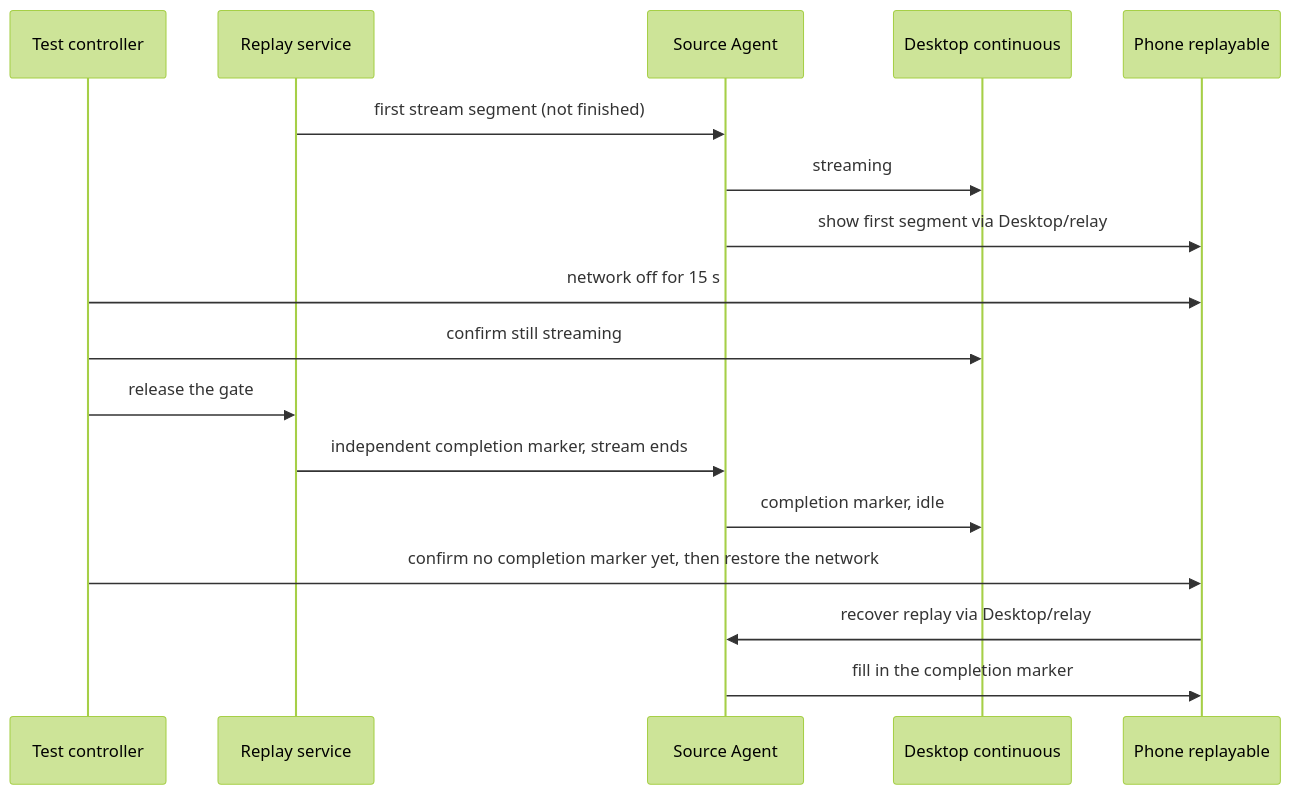
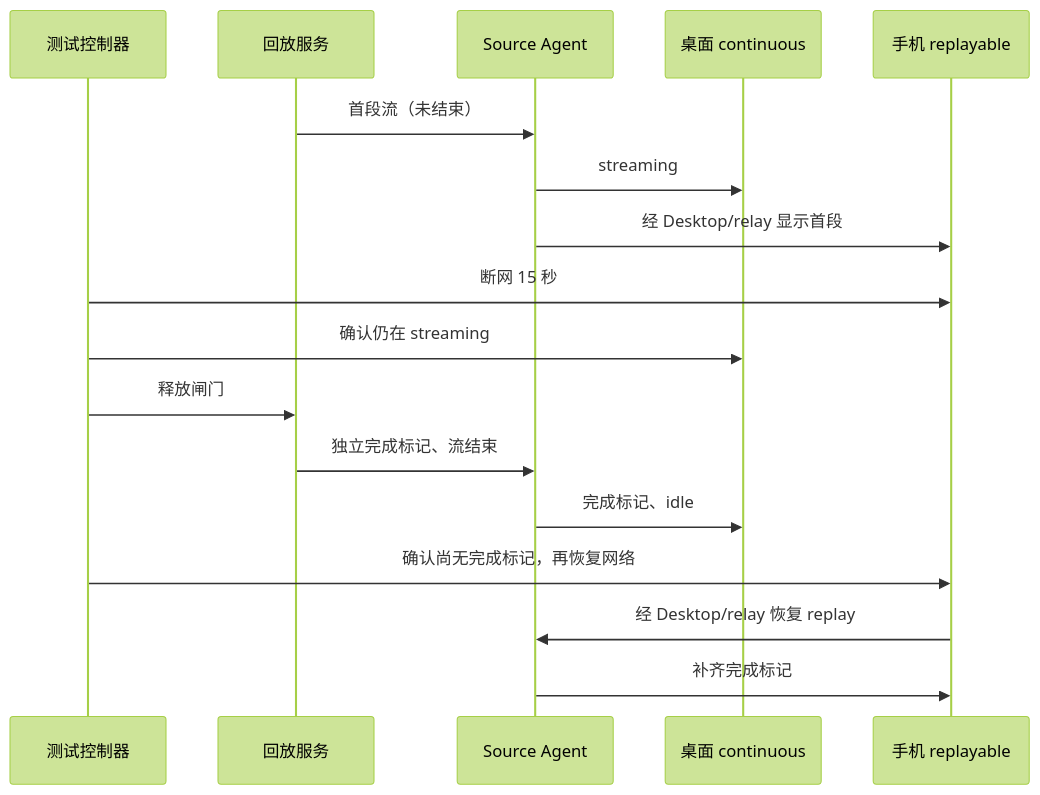
Before and after one commit to osben/ZCode: the diagram in docs/testing/r3-remote-server-harness.md, drawn with Mermaid (forest theme). The commit also changed other lines of this file and 5391 other files, not shown here.

````diff
--- a/docs/testing/r3-remote-server-harness.md
+++ b/docs/testing/r3-remote-server-harness.md
@@ -631,19 +558,19 @@
 ```mermaid
 sequenceDiagram
-  participant T as Test controller
-  participant F as Replay service
+  participant T as 测试控制器
+  participant F as 回放服务
   participant S as Source Agent
-  participant D as Desktop continuous
-  participant M as Phone replayable
-  F->>S: first stream segment (not finished)
+  participant D as 桌面 continuous
+  participant M as 手机 replayable
+  F->>S: 首段流（未结束）
   S->>D: streaming
-  S->>M: show first segment via Desktop/relay
-  T->>M: network off for 15 s
-  T->>D: confirm still streaming
-  T->>F: release the gate
-  F->>S: independent completion marker, stream ends
-  S->>D: completion marker, idle
-  T->>M: confirm no completion marker yet, then restore the network
-  M->>S: recover replay via Desktop/relay
-  S->>M: fill in the completion marker
+  S->>M: 经 Desktop/relay 显示首段
+  T->>M: 断网 15 秒
+  T->>D: 确认仍在 streaming
+  T->>F: 释放闸门
+  F->>S: 独立完成标记、流结束
+  S->>D: 完成标记、idle
+  T->>M: 确认尚无完成标记，再恢复网络
+  M->>S: 经 Desktop/relay 恢复 replay
+  S->>M: 补齐完成标记
 ```
````
